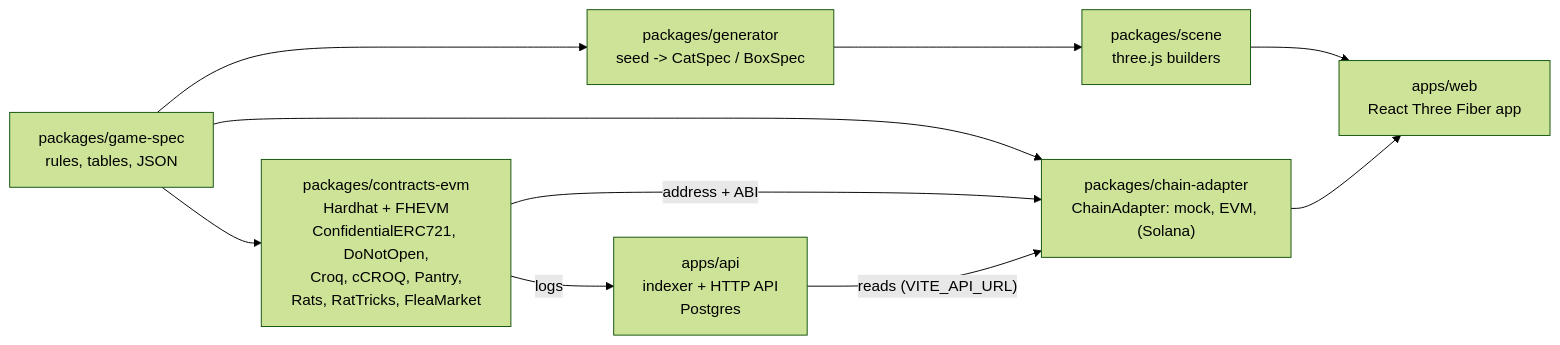
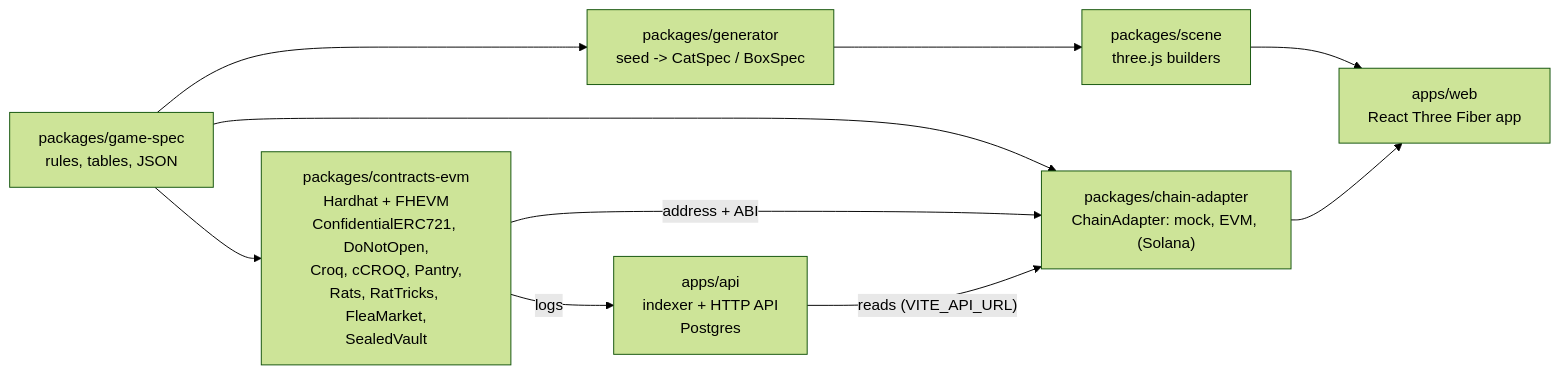
The first of 3 diagrams in README.md (jecombe/do_not_open), drawn with Mermaid (forest theme) before and after one commit. The commit also changed other lines of this file and 74 other files, not shown here.

Commit message:
Add the sealed vault, where any NFT sits in a box whose holder is encrypted and sells on Seaport or privately, and deploy it on Sepolia

````diff
--- a/README.md
+++ b/README.md
@@ -51,16 +52,16 @@
 ```mermaid
 flowchart LR
   spec["packages/game-spec<br/>rules, tables, JSON"]
   gen["packages/generator<br/>seed -> CatSpec / BoxSpec"]
   scene["packages/scene<br/>three.js builders"]
   web["apps/web<br/>React Three Fiber app"]
-  evm["packages/contracts-evm<br/>Hardhat + FHEVM<br/>ConfidentialERC721, DoNotOpen,<br/>Croq, cCROQ, Pantry,<br/>Rats, RatTricks, FleaMarket"]
+  evm["packages/contracts-evm<br/>Hardhat + FHEVM<br/>ConfidentialERC721, DoNotOpen,<br/>Croq, cCROQ, Pantry,<br/>Rats, RatTricks, FleaMarket,<br/>SealedVault"]
   adapter["packages/chain-adapter<br/>ChainAdapter: mock, EVM, (Solana)"]
   api["apps/api<br/>indexer + HTTP API<br/>Postgres"]
 
   spec --> gen --> scene --> web
   spec --> evm
   spec --> adapter
   evm -- address + ABI --> adapter --> web
   evm -- logs --> api -- "reads (VITE_API_URL)" --> adapter
 ```
````
